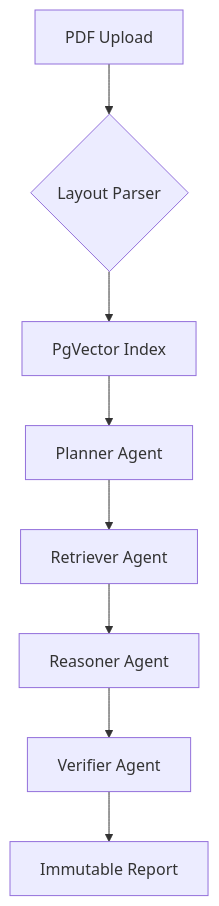
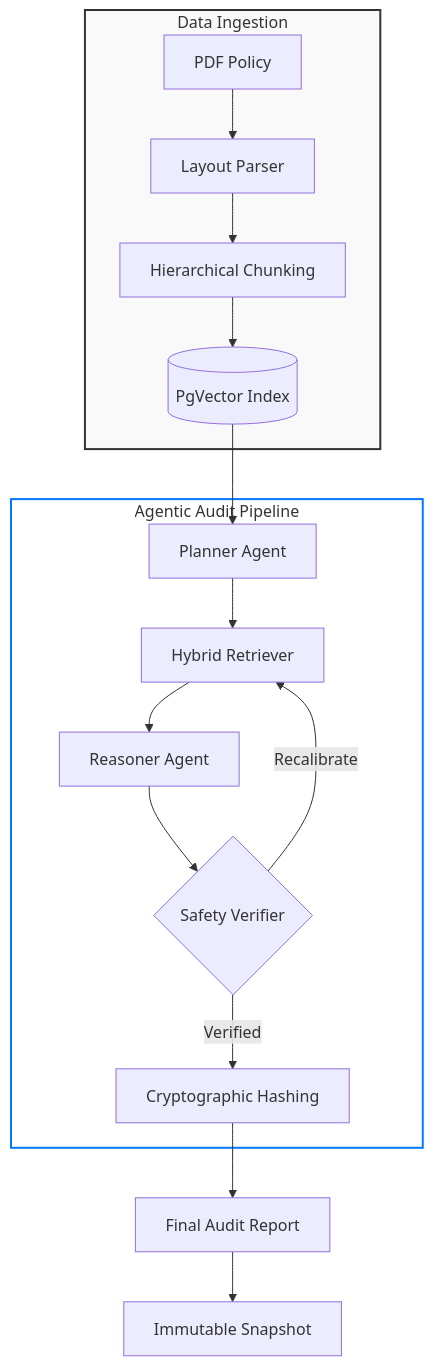
One commit to tanishapritha/dpdp-audit changed the diagram in README.md. Above: the diagram before and after it, drawn with Mermaid.

Commit message:
upgrade workflow diagram in readme

````diff
--- a/README.md
+++ b/README.md
@@ -17,10 +17,23 @@
 ```mermaid
 graph TD
-    A[PDF Upload] --> B{Layout Parser}
-    B --> C[PgVector Index]
-    C --> D[Planner Agent]
-    D --> E[Retriever Agent]
-    E --> F[Reasoner Agent]
-    F --> G[Verifier Agent]
-    G --> H[Immutable Report]
+    subgraph Ingestion [Data Ingestion]
+        A[PDF Policy] --> B[Layout Parser]
+        B --> C[Hierarchical Chunking]
+        C --> D[(PgVector Index)]
+    end
+
+    subgraph Agents [Agentic Audit Pipeline]
+        D --> E[Planner Agent]
+        E --> F[Hybrid Retriever]
+        F --> G[Reasoner Agent]
+        G --> H{Safety Verifier}
+        H -- Recalibrate --> F
+        H -- Verified --> I[Cryptographic Hashing]
+    end
+
+    I --> J[Final Audit Report]
+    J --> K[Immutable Snapshot]
+
+    style Ingestion fill:#f9f9f9,stroke:#333,stroke-width:2px
+    style Agents fill:#fff,stroke:#007bff,stroke-width:2px
 ```
````
